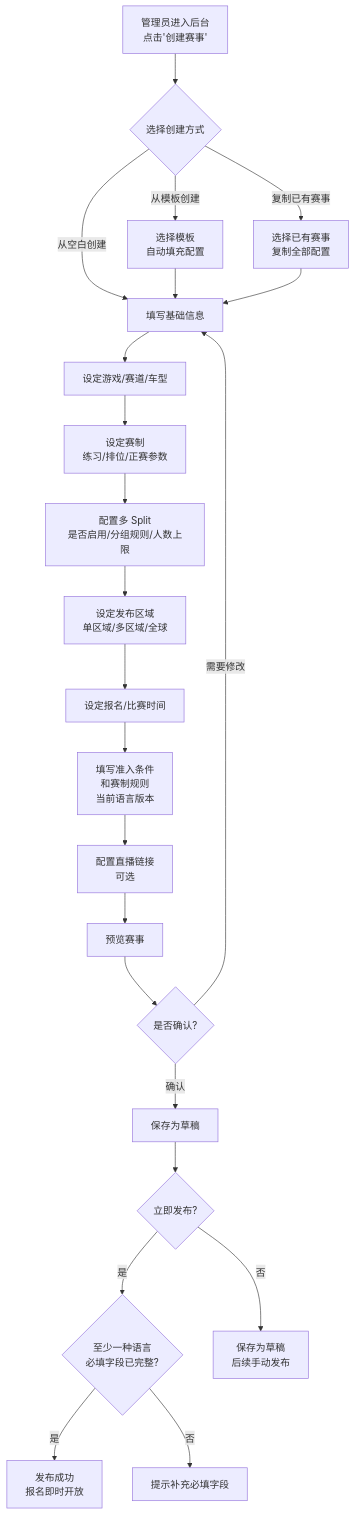
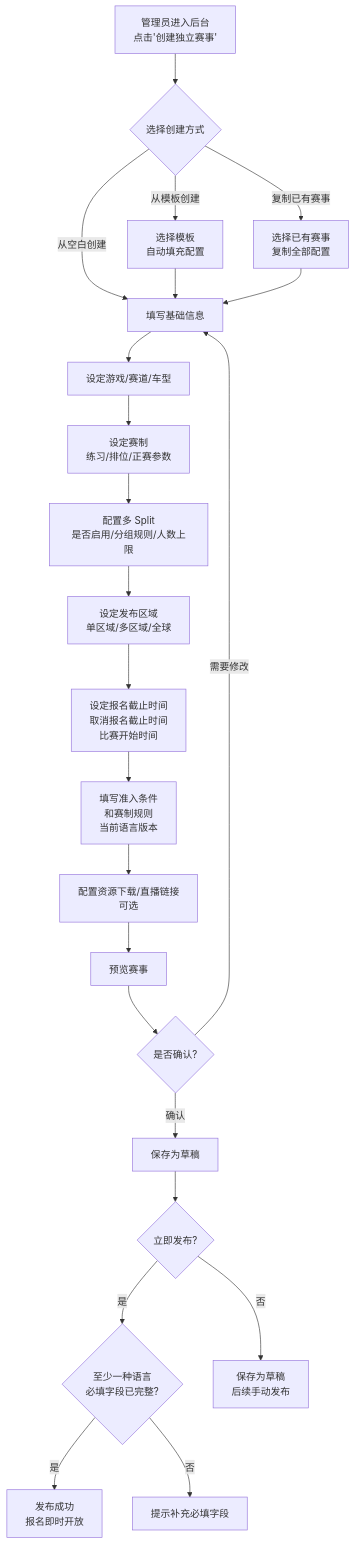
Before and after one commit to SagaLinZP/Racing-Arcade: the fourth of 11 diagrams in PRD.md, drawn with Mermaid. The commit also changed other lines of this file, not shown here.

````diff
--- a/PRD.md
+++ b/PRD.md
@@ -580,30 +598,30 @@
 ```mermaid
 flowchart TD
-    A[管理员进入后台<br/>点击'创建赛事'] --> B{选择创建方式}
+    A[管理员进入后台<br/>点击'创建独立赛事'] --> B{选择创建方式}
     
     B -->|从空白创建| C[填写基础信息]
     B -->|从模板创建| C1[选择模板<br/>自动填充配置]
     B -->|复制已有赛事| C2[选择已有赛事<br/>复制全部配置]
     
     C1 --> C
     C2 --> C
     
     C --> D[设定游戏/赛道/车型]
     D --> E[设定赛制<br/>练习/排位/正赛参数]
     E --> F[配置多 Split<br/>是否启用/分组规则/人数上限]
     F --> G[设定发布区域<br/>单区域/多区域/全球]
-    G --> H[设定报名/比赛时间]
+    G --> H[设定报名截止时间<br/>取消报名截止时间<br/>比赛开始时间]
     H --> I[填写准入条件<br/>和赛制规则<br/>当前语言版本]
-    I --> J[配置直播链接<br/>可选]
+    I --> J[配置资源下载/直播链接<br/>可选]
     J --> K[预览赛事]
     
     K --> L{是否确认?}
     L -->|需要修改| C
     L -->|确认| M[保存为草稿]
     
     M --> N{立即发布?}
     N -->|是| N1{至少一种语言<br/>必填字段已完整?}
     N1 -->|是| O[发布成功<br/>报名即时开放]
     N1 -->|否| N2[提示补充必填字段]
     N -->|否| P[保存为草稿<br/>后续手动发布]
 ```
````
